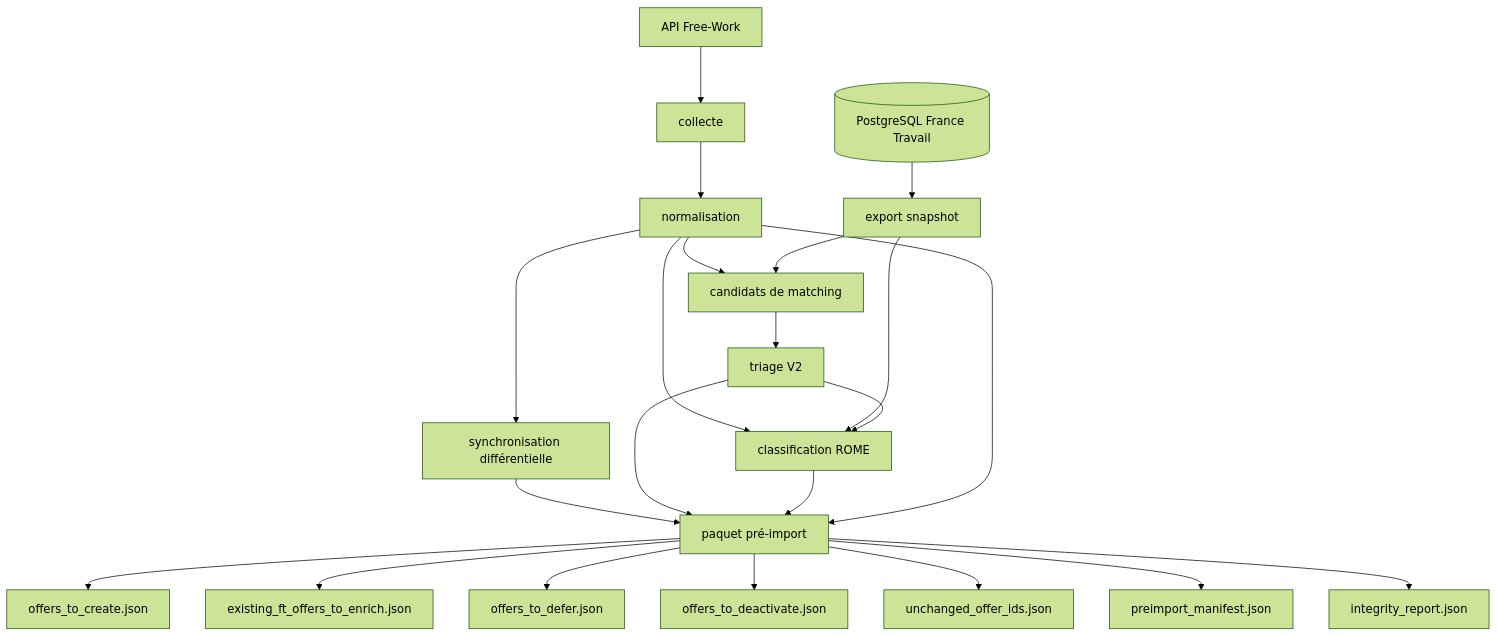
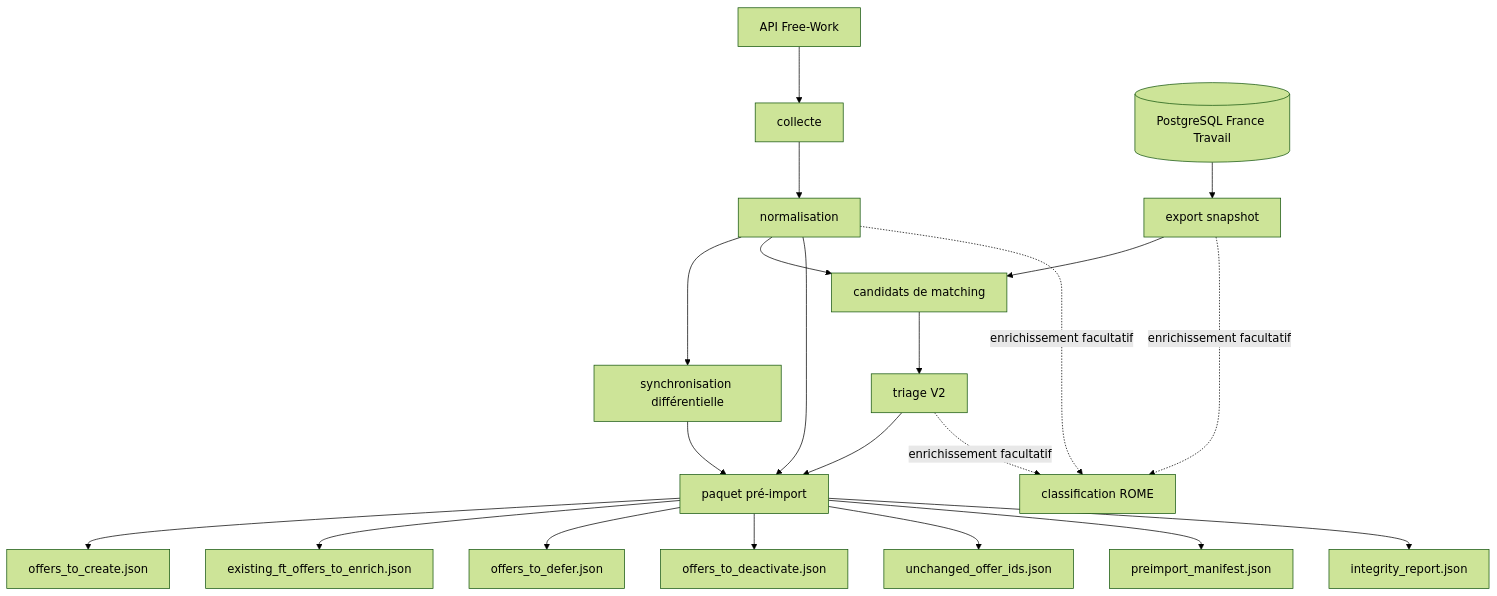
The first of 5 diagrams in README.md (cmoileboss/observia-emploi), drawn with Mermaid (forest theme) before and after one commit. The commit also changed other lines of this file, not shown here.

Commit message:
refactor: move backend scripts to internal directory and make ROME classification an optional, separate enrichment step

````diff
--- a/README.md
+++ b/README.md
@@ -61,29 +61,28 @@
 ```mermaid
 flowchart TD
     FWAPI[API Free-Work] --> Collecte[collecte]
     Collecte --> Normalisation[normalisation]
     Normalisation --> Sync[synchronisation différentielle]
 
     PGFT[(PostgreSQL France Travail)] --> ExportFT[export snapshot]
 
     Normalisation --> Matching[candidats de matching]
     ExportFT --> Matching
     Matching --> Triage[triage V2]
 
-    Normalisation --> Rome[classification ROME]
-    ExportFT --> Rome
-    Triage --> Rome
-
     Sync --> Preimport[paquet pré-import]
     Triage --> Preimport
-    Rome --> Preimport
     Normalisation --> Preimport
+
+    Normalisation -. enrichissement facultatif .-> Rome[classification ROME]
+    ExportFT -. enrichissement facultatif .-> Rome
+    Triage -. enrichissement facultatif .-> Rome
 
     Preimport --> Create[offers_to_create.json]
     Preimport --> Enrich[existing_ft_offers_to_enrich.json]
     Preimport --> Defer[offers_to_defer.json]
     Preimport --> Deactivate[offers_to_deactivate.json]
     Preimport --> NoAction[unchanged_offer_ids.json]
     Preimport --> Manifest[preimport_manifest.json]
     Preimport --> Integrity[integrity_report.json]
 ```
````
